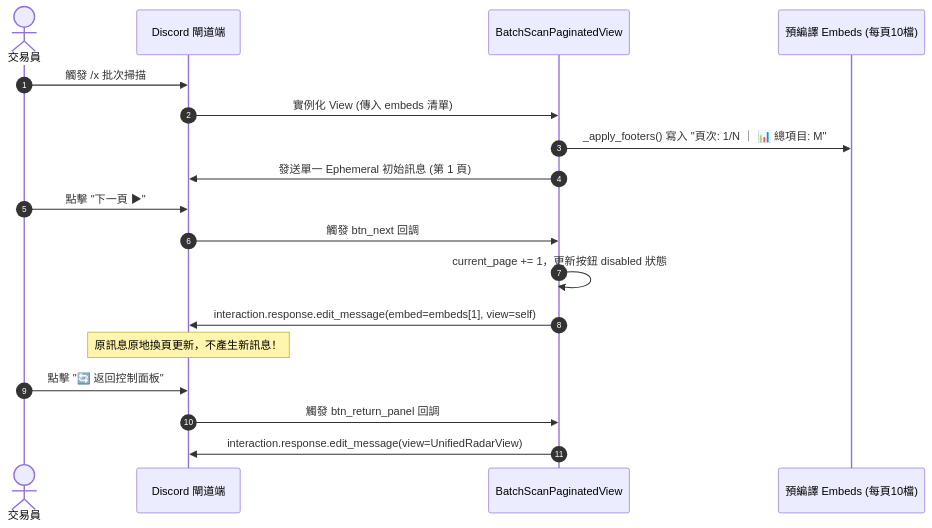
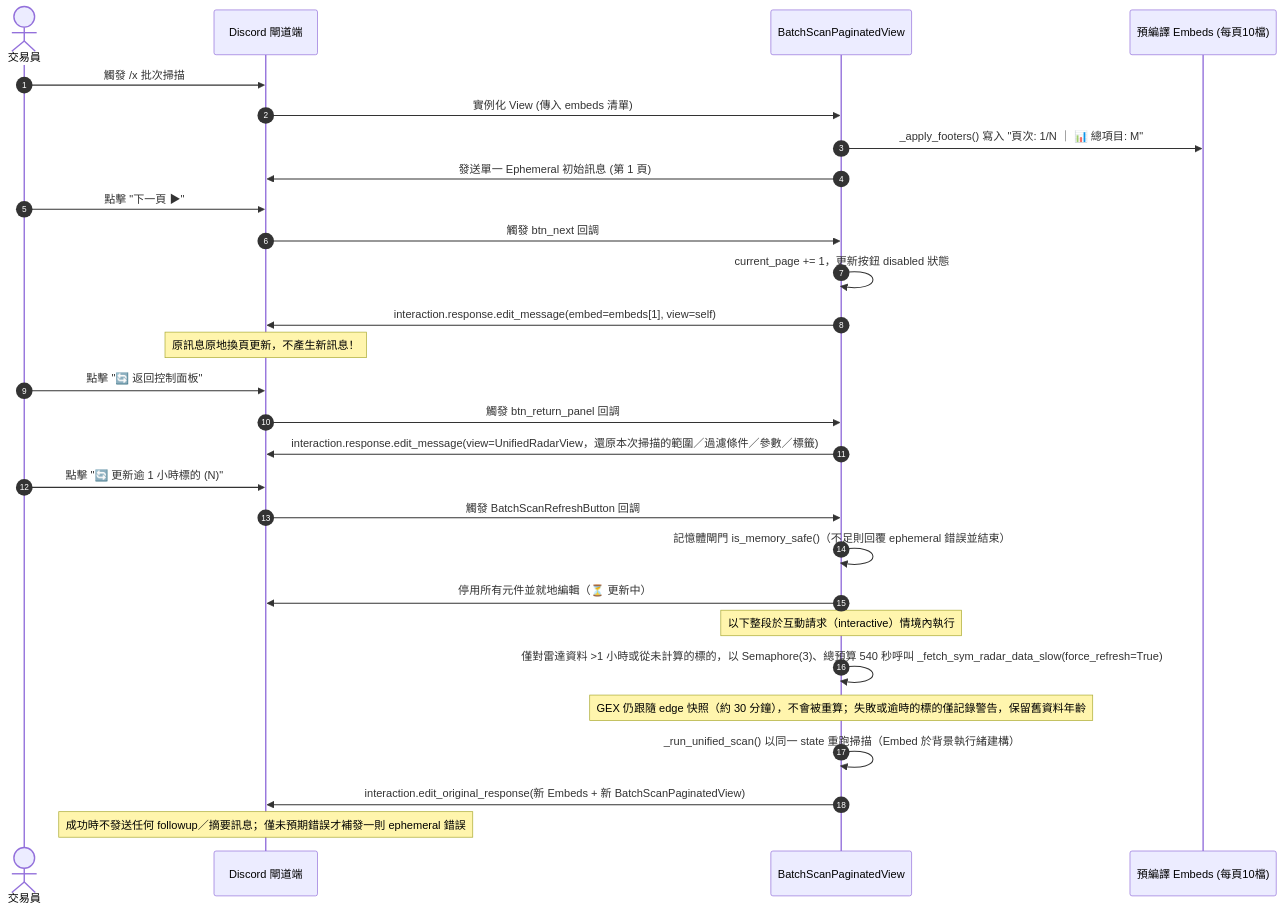
The second of 3 diagrams in docs/architecture/04_engineering_standards.md (cosmo-chang-1701/nexus-seeker), drawn with Mermaid before and after one commit. The commit also changed 7 other files, not shown here.

First line of the commit message:
sar(batch-scan-refresh-stale): 批次雷達掃描修正與「更新逾 1 小時標的」按鈕

````diff
--- a/docs/architecture/04_engineering_standards.md
+++ b/docs/architecture/04_engineering_standards.md
@@ -107,23 +107,34 @@
 ```mermaid
 sequenceDiagram
     autonumber
     actor User as 交易員
     participant Discord as Discord 閘道端
     participant View as BatchScanPaginatedView
     participant Embeds as 預編譯 Embeds (每頁10檔)
 
     User->>Discord: 觸發 /x 批次掃描
     Discord->>View: 實例化 View (傳入 embeds 清單)
     View->>Embeds: _apply_footers() 寫入 "頁次: 1/N ｜ 📊 總項目: M"
     View->>Discord: 發送單一 Ephemeral 初始訊息 (第 1 頁)
 
     User->>Discord: 點擊 "下一頁 ▶"
     Discord->>View: 觸發 btn_next 回調
     View->>View: current_page += 1，更新按鈕 disabled 狀態
     View->>Discord: interaction.response.edit_message(embed=embeds[1], view=self)
     Note over Discord: 原訊息原地換頁更新，不產生新訊息！
 
     User->>Discord: 點擊 "🔄 返回控制面板"
     Discord->>View: 觸發 btn_return_panel 回調
-    View->>Discord: interaction.response.edit_message(view=UnifiedRadarView)
+    View->>Discord: interaction.response.edit_message(view=UnifiedRadarView，還原本次掃描的範圍／過濾條件／參數／標籤)
+
+    User->>Discord: 點擊 "🔄 更新逾 1 小時標的 (N)"
+    Discord->>View: 觸發 BatchScanRefreshButton 回調
+    View->>View: 記憶體閘門 is_memory_safe()（不足則回覆 ephemeral 錯誤並結束）
+    View->>Discord: 停用所有元件並就地編輯（⏳ 更新中）
+    Note over View: 以下整段於互動請求（interactive）情境內執行
+    View->>View: 僅對雷達資料 >1 小時或從未計算的標的，以 Semaphore(3)、總預算 540 秒呼叫 _fetch_sym_radar_data_slow(force_refresh=True)
+    Note over View: GEX 仍跟隨 edge 快照（約 30 分鐘），不會被重算；失敗或逾時的標的僅記錄警告，保留舊資料年齡
+    View->>View: _run_unified_scan() 以同一 state 重跑掃描（Embed 於背景執行緒建構）
+    View->>Discord: interaction.edit_original_response(新 Embeds + 新 BatchScanPaginatedView)
+    Note over Discord: 成功時不發送任何 followup／摘要訊息；僅未預期錯誤才補發一則 ephemeral 錯誤
 ```
````
